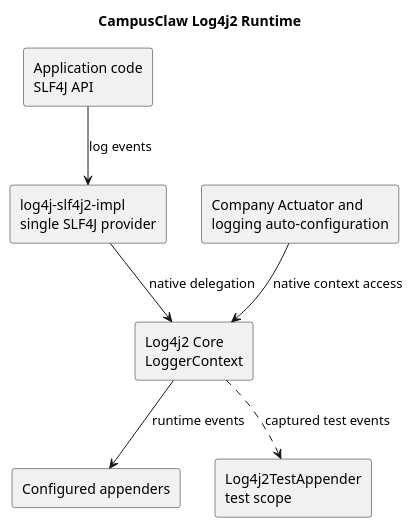
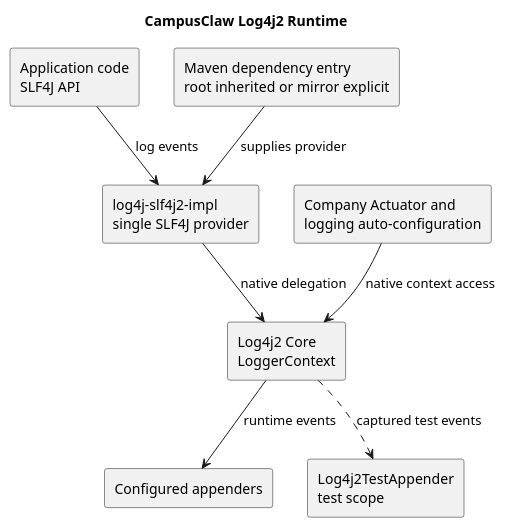
The diagram in docs/designs/logging-runtime/diagram.puml (2862282695gjh-afk/pi-mono-java), drawn with PlantUML before and after one commit. The commit also changed 8 other files, not shown here.

```diff
--- a/docs/designs/logging-runtime/diagram.puml
+++ b/docs/designs/logging-runtime/diagram.puml
@@ -1,26 +1,30 @@
 @startuml logging_runtime
 ' Source evidence: pom.xml:122-131 at implementation commit 26d146f401a8557b687e1490f97a5899b22f79be.
 ' Source evidence: modules/coding-agent-cli/pom.xml:39-49,93-104 at the same commit.
 ' Source evidence: modules/ai/src/test/java/com/campusclaw/ai/test/Log4j2TestAppender.java:20-34.
+' Source evidence: campusclaw/pom.xml lacked explicit logging dependencies at 294e6d90bcad8c4214b08807bfd1cfdee5cc2404.
 ' Observed behavior: baseline 32db273125dc0a14d5f751dc0bfaa332ee87ceb8 selected Logback directly.
+' Observed behavior: the corporate mirror lost root POM dependencies when it switched to NativeParent.
 ' External integration condition: company Actuator logging auto-configuration expects a Log4j2 Core LoggerContext.
 ' Design reason: one native Log4j2 provider prevents mixed LoggerContext types in every supported runtime and test path.
 
 title CampusClaw Log4j2 Runtime
 
 skinparam shadowing false
 skinparam componentStyle rectangle
 
 rectangle "Application code\nSLF4J API" as application
+rectangle "Maven dependency entry\nroot inherited or mirror explicit" as dependency
 rectangle "log4j-slf4j2-impl\nsingle SLF4J provider" as binding
 rectangle "Log4j2 Core\nLoggerContext" as core
 rectangle "Configured appenders" as output
 rectangle "Company Actuator and\nlogging auto-configuration" as company
 rectangle "Log4j2TestAppender\ntest scope" as tests
 
 application --> binding : log events
+dependency --> binding : supplies provider
 binding --> core : native delegation
 company --> core : native context access
 core --> output : runtime events
 core ..> tests : captured test events
 @enduml
```
